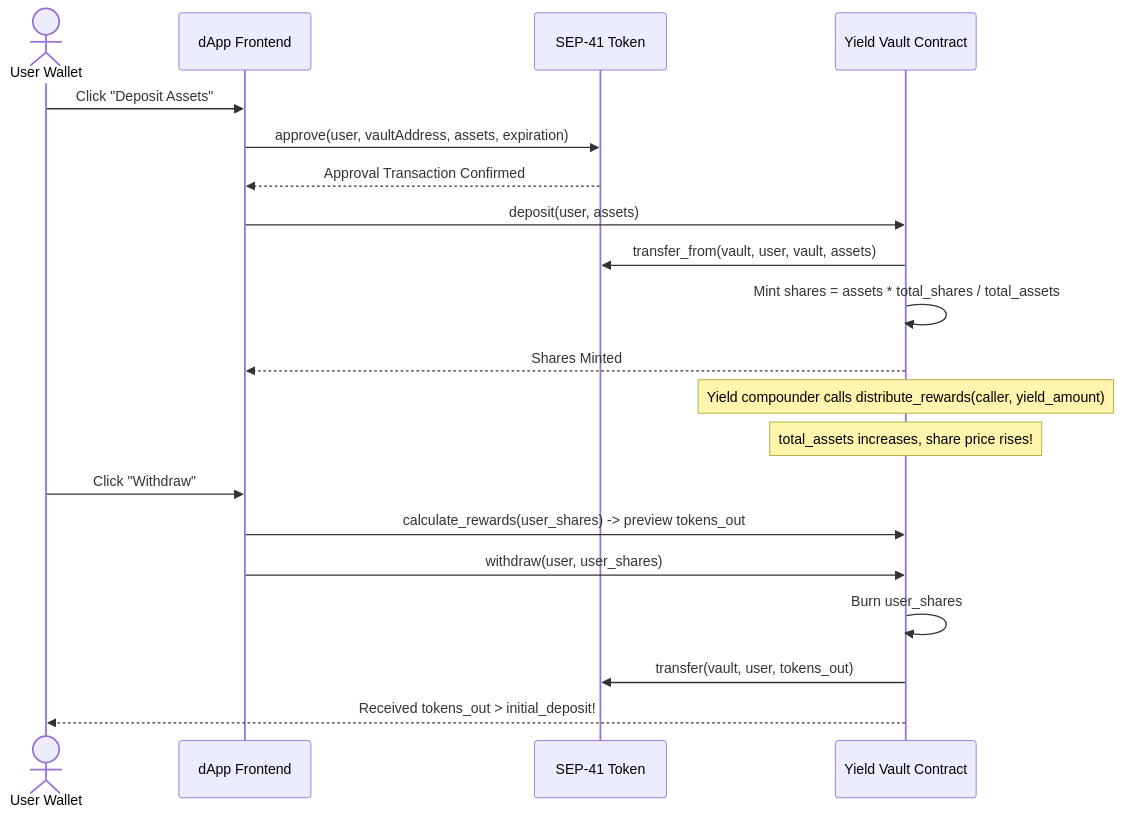
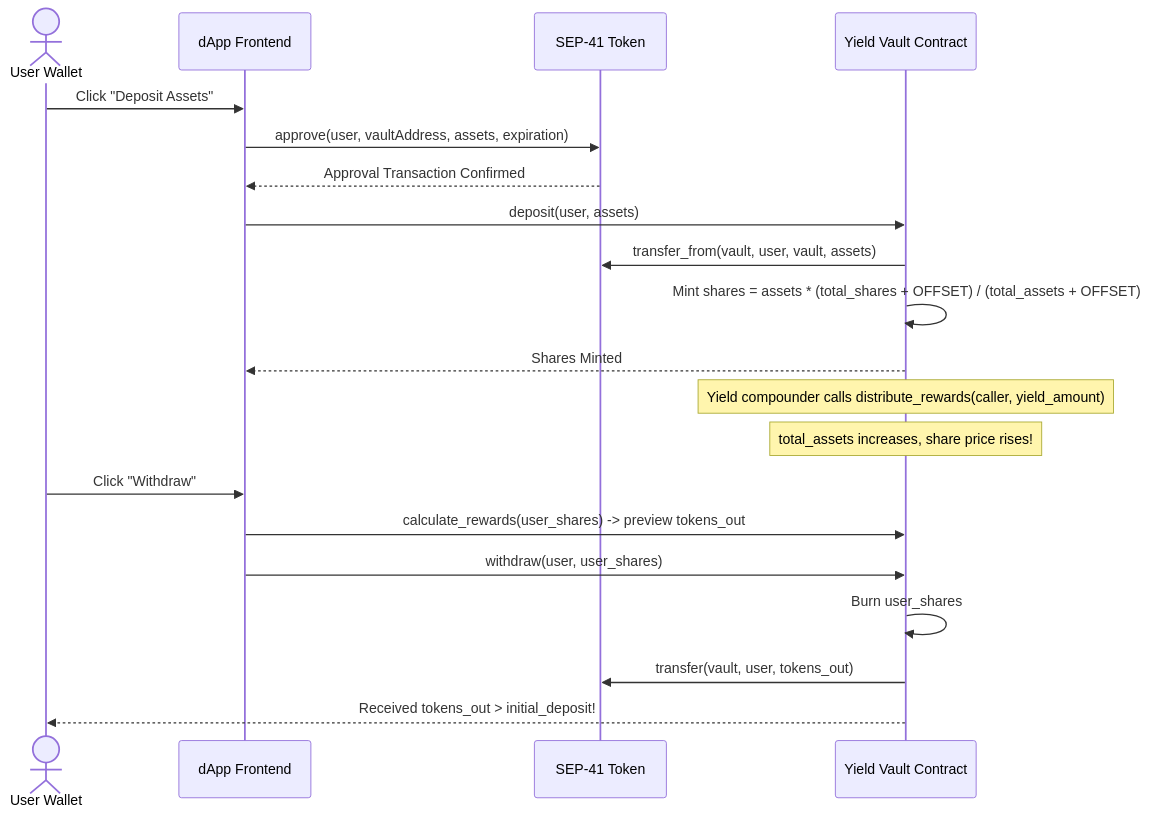
Before and after one commit to BCPathway/bc-forge: the second of 2 diagrams in docs/VAULTS.md, drawn with Mermaid. The commit also changed other lines of this file and 3 other files, not shown here.

First line of the commit message:
feat(wrapper): offset virtual shares against donation inflation

````diff
--- a/docs/VAULTS.md
+++ b/docs/VAULTS.md
@@ -211,25 +219,25 @@
 ```mermaid
 sequenceDiagram
     actor User as User Wallet
     participant Frontend as dApp Frontend
     participant Token as SEP-41 Token
     participant Vault as Yield Vault Contract
 
     User->>Frontend: Click "Deposit Assets"
     Frontend->>Token: approve(user, vaultAddress, assets, expiration)
     Token-->>Frontend: Approval Transaction Confirmed
     Frontend->>Vault: deposit(user, assets)
     Vault->>Token: transfer_from(vault, user, vault, assets)
-    Vault->>Vault: Mint shares = assets * total_shares / total_assets
+    Vault->>Vault: Mint shares = assets * (total_shares + OFFSET) / (total_assets + OFFSET)
     Vault-->>Frontend: Shares Minted
 
     Note over Vault: Yield compounder calls distribute_rewards(caller, yield_amount)
     Note over Vault: total_assets increases, share price rises!
 
     User->>Frontend: Click "Withdraw"
     Frontend->>Vault: calculate_rewards(user_shares) -> preview tokens_out
     Frontend->>Vault: withdraw(user, user_shares)
     Vault->>Vault: Burn user_shares
     Vault->>Token: transfer(vault, user, tokens_out)
     Vault-->>User: Received tokens_out > initial_deposit!
 ```
````
